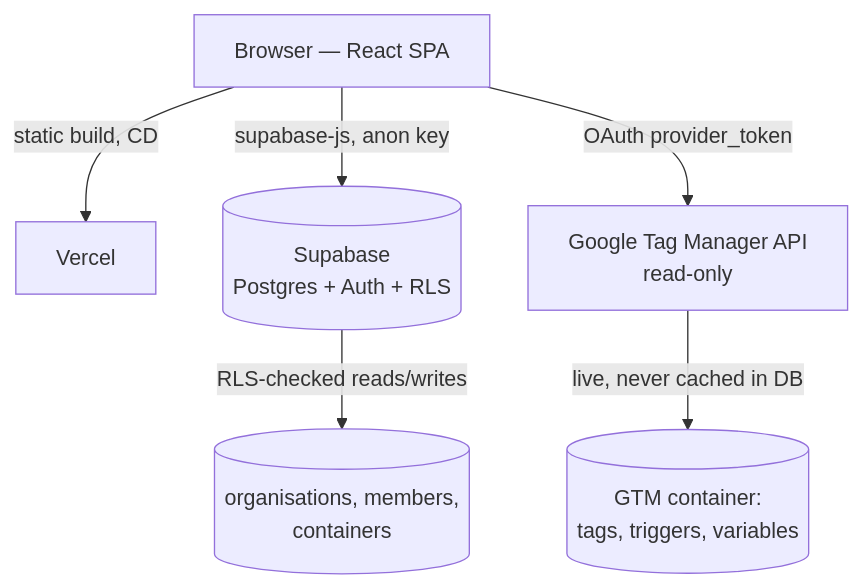
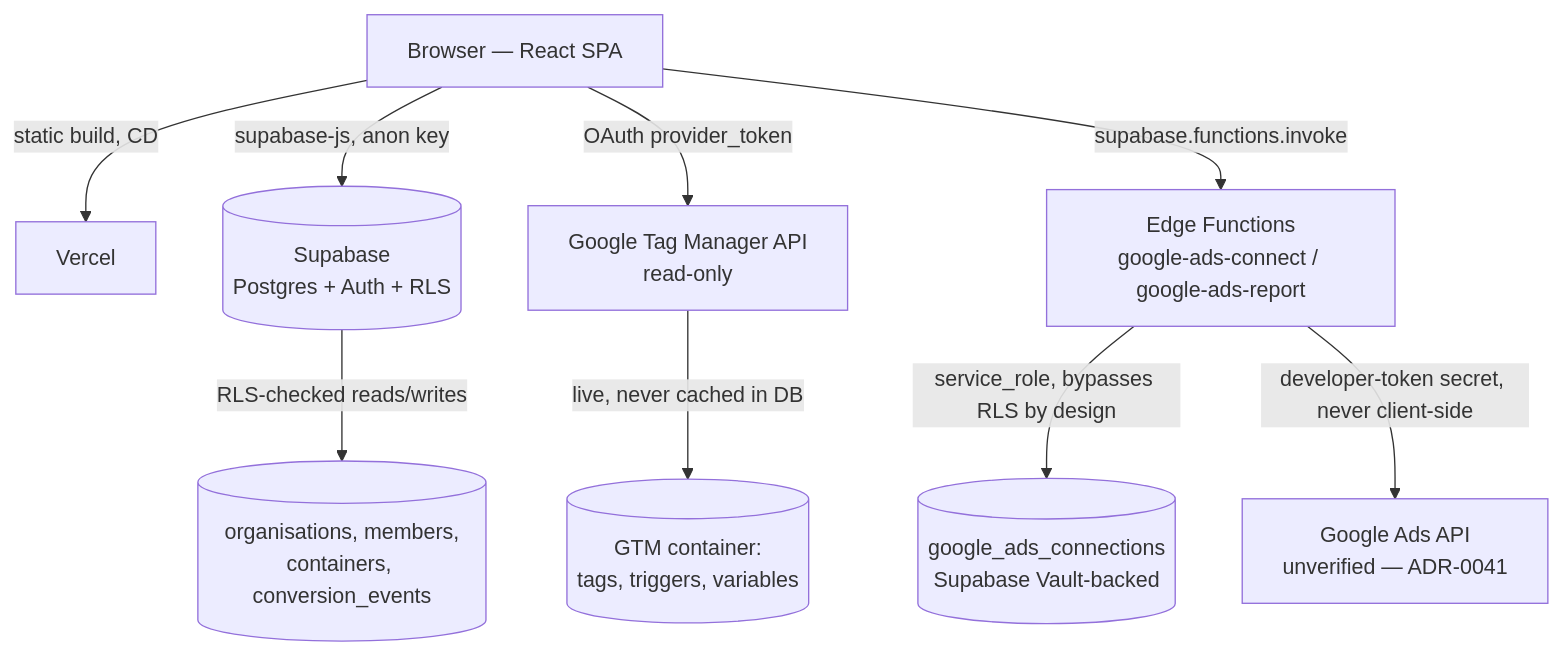
The diagram in docs/03-architecture.md (BillyDuffy6272/TagOps-Pro), drawn with Mermaid before and after one commit. The commit also changed other lines of this file and 45 other files, not shown here.

````diff
--- a/docs/03-architecture.md
+++ b/docs/03-architecture.md
@@ -16,8 +18,11 @@
 ```mermaid
 graph TD
     B[Browser — React SPA] -->|static build, CD| V[Vercel]
     B -->|supabase-js, anon key| S[(Supabase<br/>Postgres + Auth + RLS)]
     B -->|OAuth provider_token| G[Google Tag Manager API<br/>read-only]
-    S -->|RLS-checked reads/writes| DB[(organisations, members,<br/>containers)]
+    B -->|supabase.functions.invoke| EF[Edge Functions<br/>google-ads-connect / google-ads-report]
+    S -->|RLS-checked reads/writes| DB[(organisations, members,<br/>containers, conversion_events)]
     G -->|live, never cached in DB| GTM[(GTM container:<br/>tags, triggers, variables)]
+    EF -->|service_role, bypasses RLS by design| VAULT[(google_ads_connections<br/>Supabase Vault-backed)]
+    EF -->|developer-token secret, never client-side| ADS[Google Ads API<br/>unverified — ADR-0041]
 ```
````
